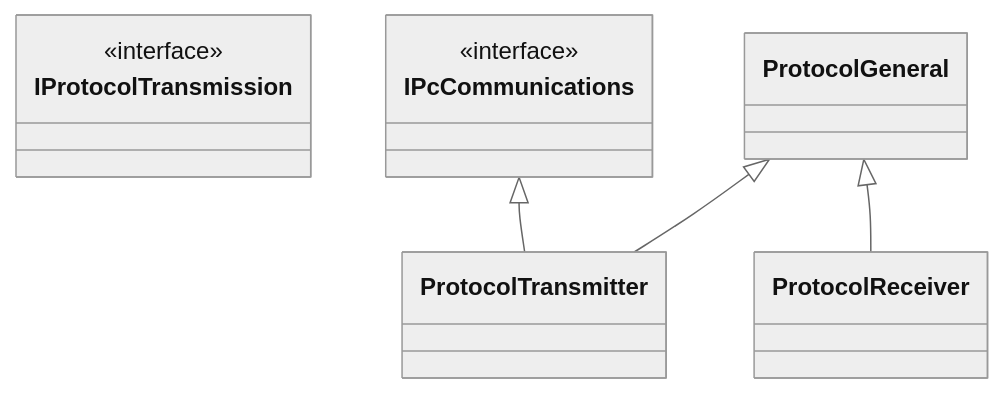
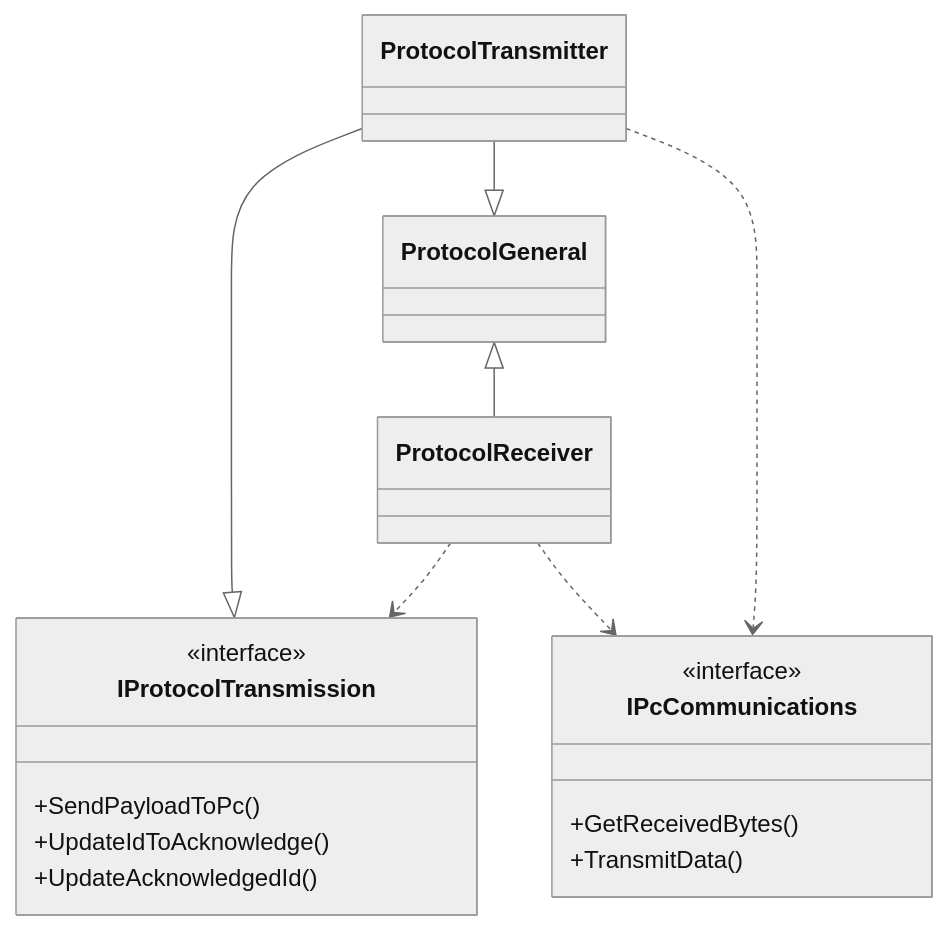
Before and after one commit to VolksEEG/eeg-device-firmware: the diagram in lib/protocol_parser/README.md, drawn with Mermaid (neutral theme). The commit also changed other lines of this file and 8 other files, not shown here.

Commit message:
Moved processing of received IDs back to the receiver class, now only pass a valid ID to the transmiter class so it can be acknowledged in future messages, updated readme to show a top level class diagram.

````diff
--- a/lib/protocol_parser/README.md
+++ b/lib/protocol_parser/README.md
@@ -7,27 +6,35 @@
 ```mermaid
 classDiagram
     class IProtocolTransmission{
        <<interface>>
-
+        +SendPayloadToPc()
+        +UpdateIdToAcknowledge()
+        +UpdateAcknowledgedId()
     }
 
     class IPcCommunications{
         <<interface>>
+        +GetReceivedBytes()
+        +TransmitData()
     }
 
     class ProtocolGeneral{
 
     }
 
     class ProtocolReceiver{
 
     }
 
     class ProtocolTransmitter{
 
     }
 
     ProtocolGeneral <|-- ProtocolReceiver
-    IPcCommunications <|-- ProtocolTransmitter
-    ProtocolGeneral <|-- ProtocolTransmitter
+    ProtocolReceiver ..> IProtocolTransmission
+    ProtocolReceiver ..> IPcCommunications
+
+    ProtocolTransmitter --|> IProtocolTransmission
+    ProtocolTransmitter --|> ProtocolGeneral
+    ProtocolTransmitter ..> IPcCommunications
 ```
````
